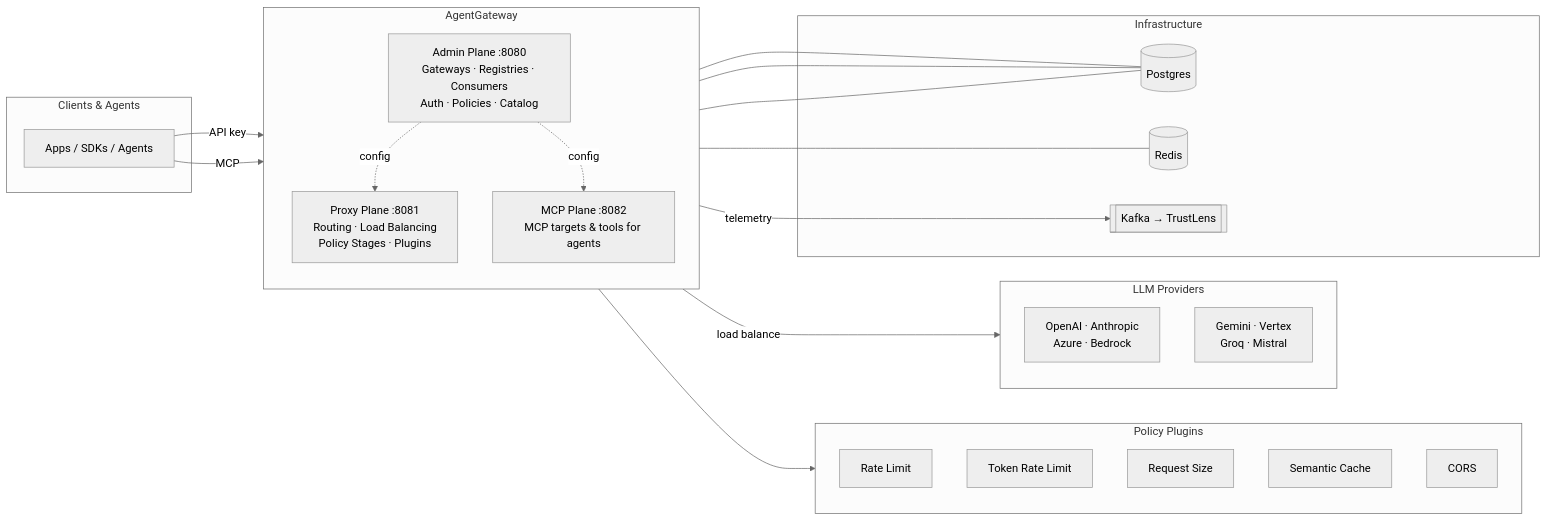
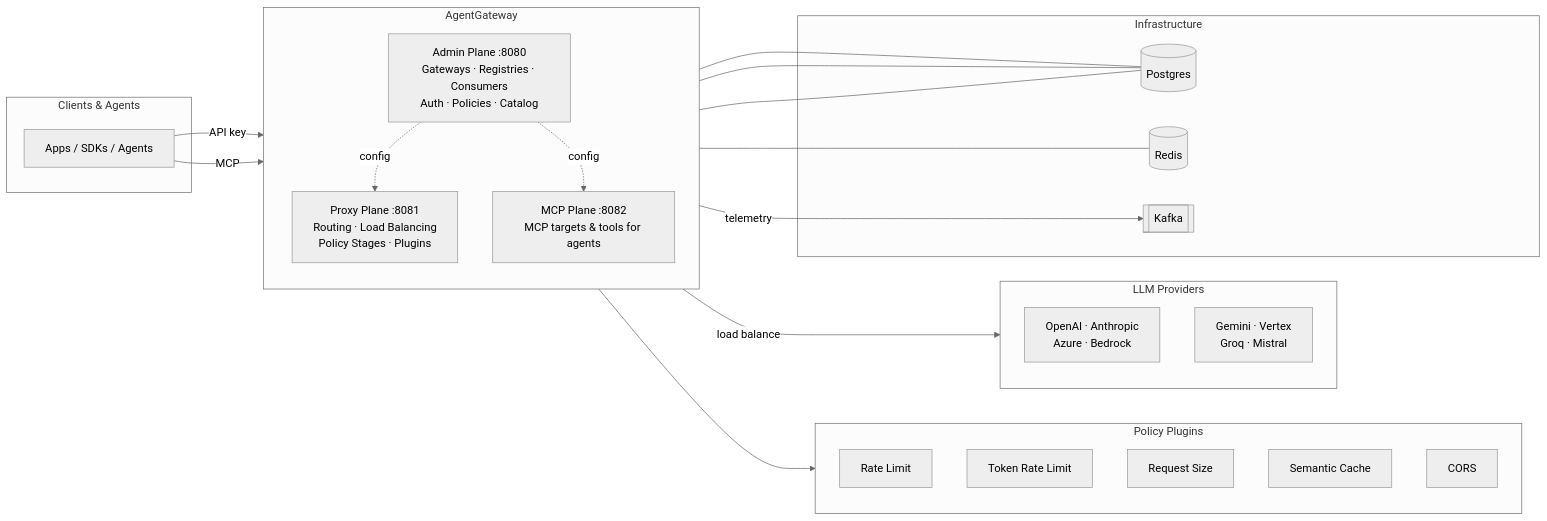
One commit to NeuralTrust/TrustGate changed the diagram in README.md. Above: the diagram before and after it, drawn with Mermaid (neutral theme). The commit also changed other lines of this file and 258 other files, not shown here.

````diff
--- a/README.md
+++ b/README.md
@@ -228,44 +228,44 @@
 ```mermaid
 flowchart LR
     subgraph Clients["Clients & Agents"]
         APP["Apps / SDKs / Agents"]
     end
 
     subgraph AG["AgentGateway"]
         direction TB
         ADMIN["Admin Plane :8080\nGateways · Registries · Consumers\nAuth · Policies · Catalog"]
         PROXY["Proxy Plane :8081\nRouting · Load Balancing\nPolicy Stages · Plugins"]
         MCP["MCP Plane :8082\nMCP targets & tools for agents"]
     end
 
     subgraph Plugins["Policy Plugins"]
         RL["Rate Limit"]
         TRL["Token Rate Limit"]
         RS["Request Size"]
         SC["Semantic Cache"]
         CORS["CORS"]
     end
 
     subgraph Providers["LLM Providers"]
         P1["OpenAI · Anthropic\nAzure · Bedrock"]
         P2["Gemini · Vertex\nGroq · Mistral"]
     end
 
     subgraph Infra["Infrastructure"]
         PG[("Postgres")]
         RD[("Redis")]
-        KFK[["Kafka → TrustLens"]]
+        KFK[["Kafka"]]
     end
 
     APP -->|API key| PROXY
     APP -->|MCP| MCP
     PROXY --> Plugins
     PROXY -->|load balance| Providers
     ADMIN -. config .-> PROXY
     ADMIN -. config .-> MCP
     ADMIN --- PG
     PROXY --- PG
     PROXY --- RD
     MCP --- PG
     PROXY -->|telemetry| KFK
 ```
````
